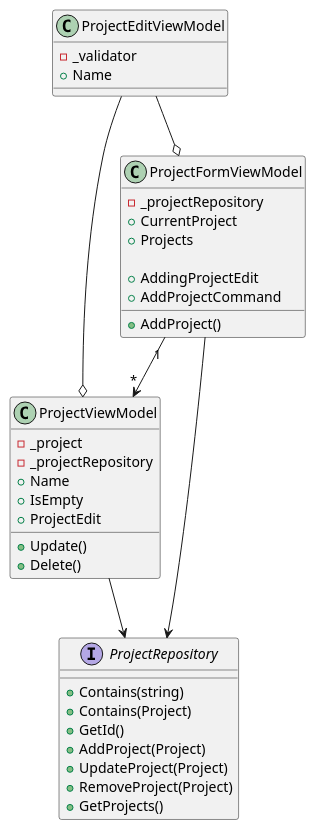
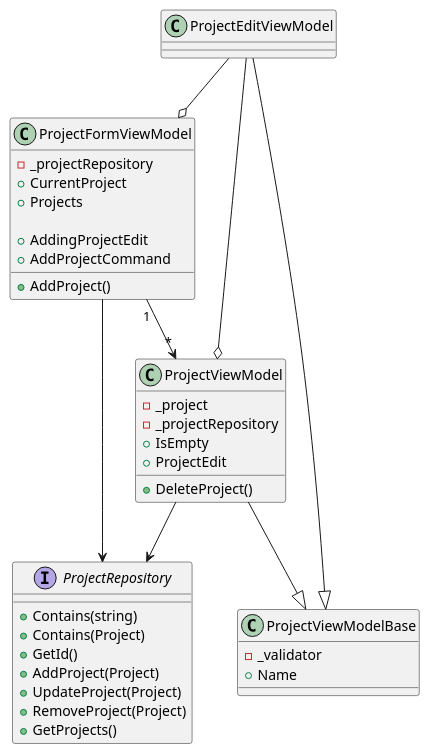
Before and after one commit to quaterni/TimaProject: the diagram in docs/class_diagrams/projectform.plantuml, drawn with PlantUML. The commit also changed 10 other files, not shown here.

Commit message:
add: ProjectViewModel, ProjectViewModel base, ProjectEditViewModel extends ProjectViewModelBase, added tests

```diff
--- a/docs/class_diagrams/projectform.plantuml
+++ b/docs/class_diagrams/projectform.plantuml
@@ -1,49 +1,55 @@
 @startuml
 
 class "ProjectFormViewModel" as pf {
     - _projectRepository
     + CurrentProject
     + Projects
 
     + AddingProjectEdit
     + AddProjectCommand
     + AddProject()
 }
 
+class "ProjectViewModelBase" as projectBase{
+    - _validator
+    + Name
+
+}
+
 class "ProjectViewModel" as projectVM {
     - _project
     - _projectRepository
-    + Name
     + IsEmpty
     + ProjectEdit
-    + Update()
-    + Delete()
+    + DeleteProject()
 }
 
 pf "1" --> "*" projectVM
 
 class "ProjectEditViewModel" as projectEdit{
-    - _validator
-    + Name
+
 }
+
+projectEdit --|> projectBase
+projectVM --|> projectBase
 
 projectEdit --o pf
 projectEdit --o projectVM
 
 
 interface "ProjectRepository" as pr {
     + Contains(string)
     + Contains(Project)
     + GetId()
     + AddProject(Project)
     + UpdateProject(Project)
     + RemoveProject(Project)
     + GetProjects()
 
 }
 
 pf --> pr
 projectVM --> pr
 
 
 @enduml
```
